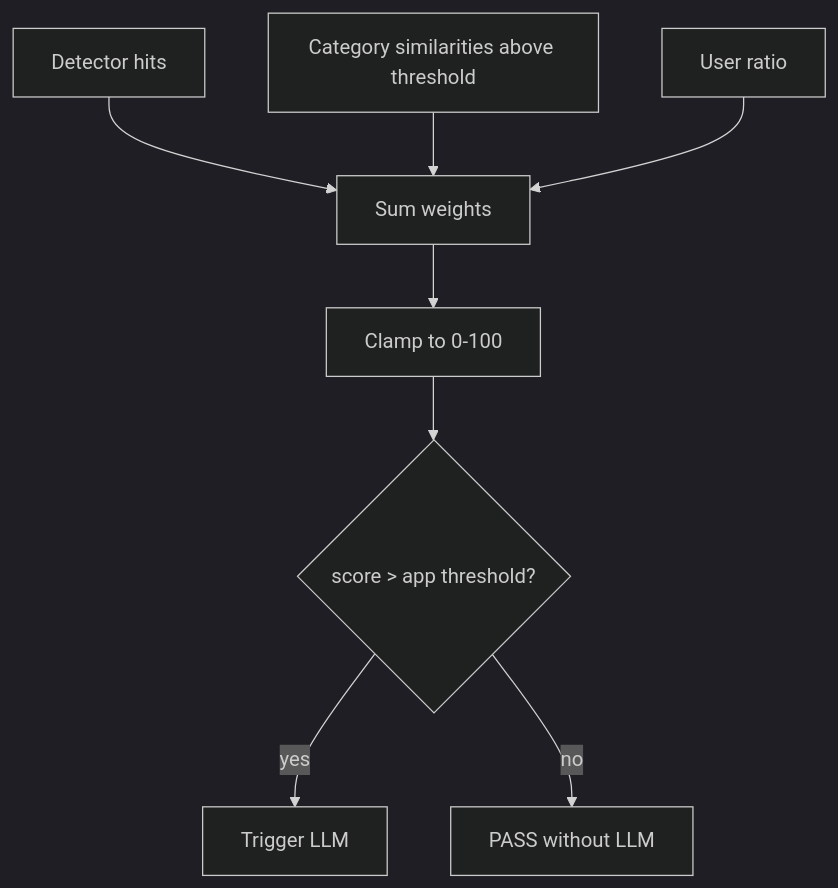
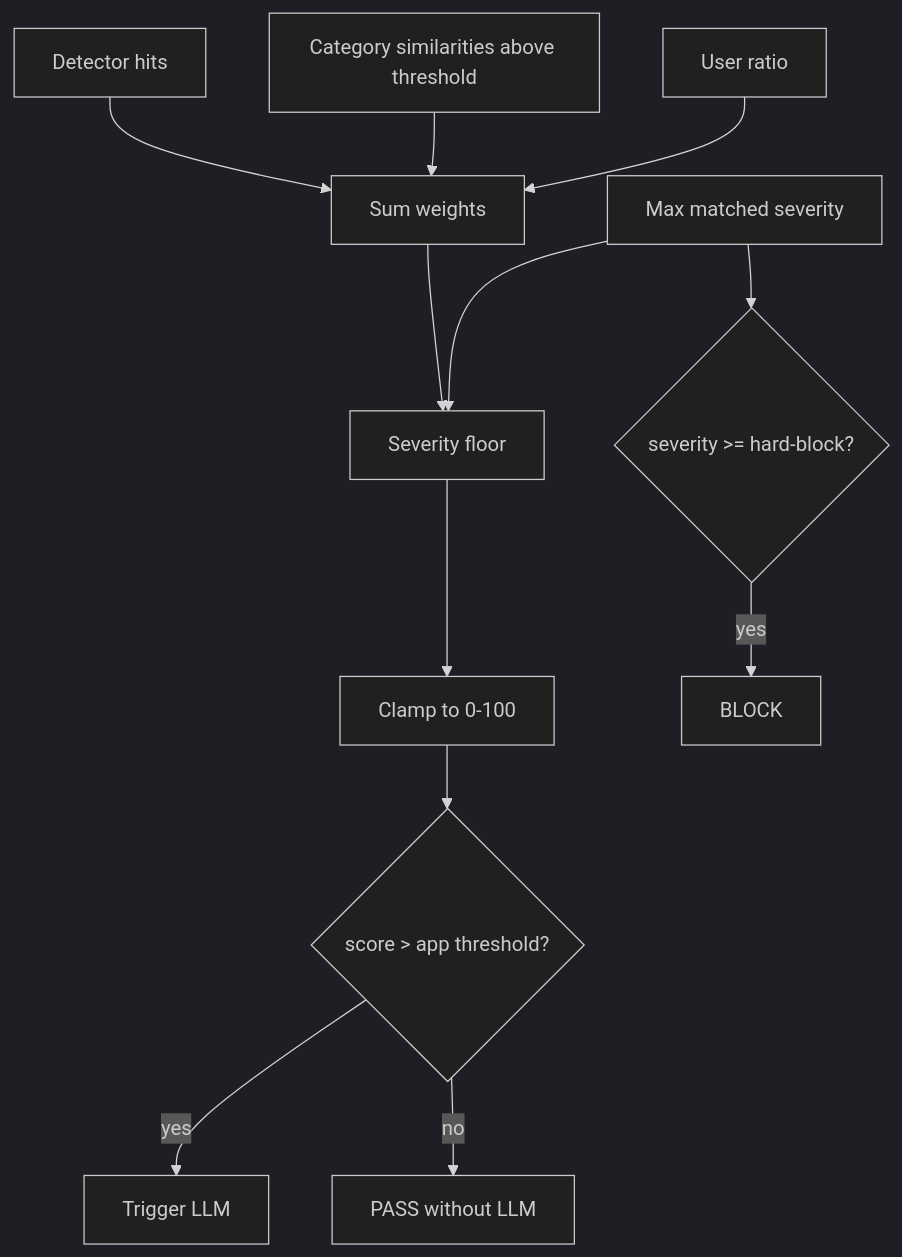
Before and after one commit to biszdevelopers/general-moderation: the diagram in docs/algorithms/suspicion-score.md, drawn with Mermaid (dark theme). The commit also changed other lines of this file, not shown here.

Commit message:
[DOCS] Document the severity floor and hard-block in the score

````diff
--- a/docs/algorithms/suspicion-score.md
+++ b/docs/algorithms/suspicion-score.md
@@ -31,10 +47,14 @@
 ```mermaid
 flowchart TD
     A[Detector hits] --> S[Sum weights]
     B[Category similarities above threshold] --> S
     C[User ratio] --> S
-    S --> CLAMP[Clamp to 0-100]
+    D[Max matched severity] --> F[Severity floor]
+    S --> F
+    F --> CLAMP[Clamp to 0-100]
     CLAMP --> T{"score > app threshold?"}
     T -->|yes| LLM[Trigger LLM]
     T -->|no| PASS[PASS without LLM]
+    D --> HB{"severity >= hard-block?"}
+    HB -->|yes| BLOCK[BLOCK]
 ```
````
